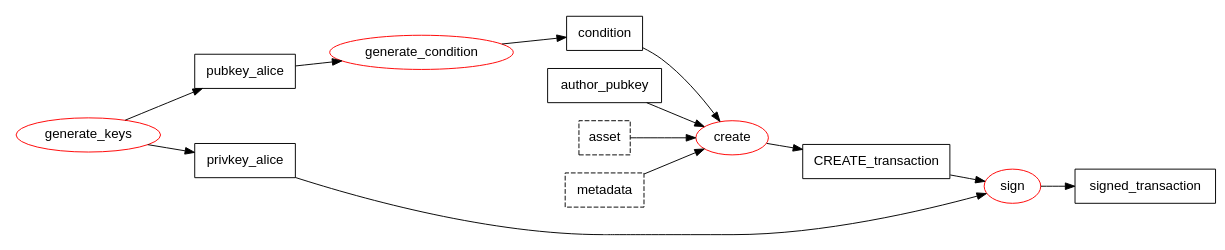
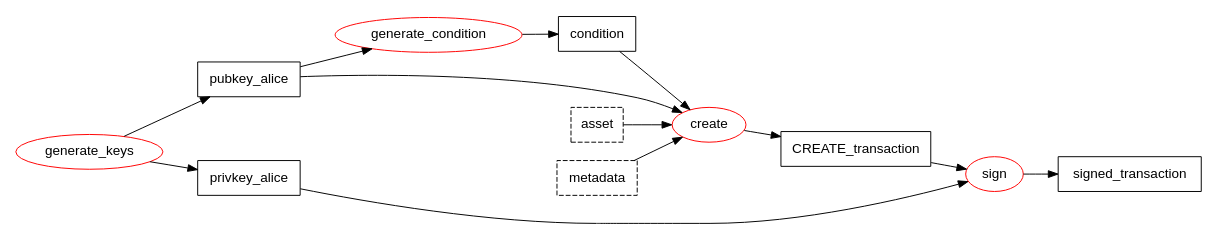
The second of 3 diagrams in docs/usage.rst (bigchaindb/bdb-transaction-cli), drawn with Graphviz before and after one commit. The commit also changed other lines of this file and 3 other files, not shown here.

```diff
--- a/docs/usage.rst
+++ b/docs/usage.rst
@@ -30,38 +26,37 @@
 .. graphviz::
 
     digraph CREATE {
 	size = 10;
 	rankdir=LR;
 	node [fontname="helvetica"];
 	node [color=red]
 
 	{ // Inputs (non processes)
 	    node [shape=record]
 	    node [color=black]
 	    condition
 	    pubkey_alice
 	    privkey_alice
-	    author_pubkey
             asset [style=dashed]
             metadata [style=dashed]
 	    CREATE_transaction
 	    signed_transaction
 	}
 	
 	{
 	    pubkey_alice -> generate_condition
 	    generate_condition -> condition
 	    condition -> create
-	    author_pubkey -> create
+	    pubkey_alice -> create
             asset -> create
             metadata -> create
 	    create -> CREATE_transaction
 	    generate_keys -> pubkey_alice
 	    generate_keys -> privkey_alice
 	    privkey_alice -> sign
 	    CREATE_transaction -> sign
 	    sign -> signed_transaction
 	}
 
 	{ rank=same pubkey_alice privkey_alice }
     }
```
